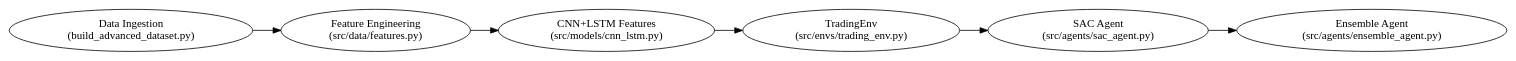
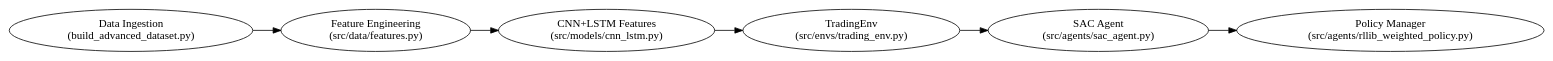
Before and after one commit to Zzzero-hash/trading-rl-agent: the diagram in docs/img/architecture_pipeline.gv, drawn with Graphviz. The commit also changed 7 other files, not shown here.

Commit message:
Remove ensemble agent and adopt RLlib multi-agent utilities

```diff
--- a/docs/img/architecture_pipeline.gv
+++ b/docs/img/architecture_pipeline.gv
@@ -1,12 +1,12 @@
 digraph G {
   rankdir=LR;
   DataIngestion [label="Data Ingestion\n(build_advanced_dataset.py)"];
   FeatureEngineering [label="Feature Engineering\n(src/data/features.py)"];
   CNNLSTMExtractor [label="CNN+LSTM Features\n(src/models/cnn_lstm.py)"];
   TradingEnv [label="TradingEnv\n(src/envs/trading_env.py)"];
   SAC [label="SAC Agent\n(src/agents/sac_agent.py)"];
-  Ensemble [label="Ensemble Agent\n(src/agents/ensemble_agent.py)"];
+  Ensemble [label="Policy Manager\n(src/agents/rllib_weighted_policy.py)"];
   DataIngestion -> FeatureEngineering -> CNNLSTMExtractor -> TradingEnv;
   TradingEnv -> SAC;
   SAC -> Ensemble;
 }
```
